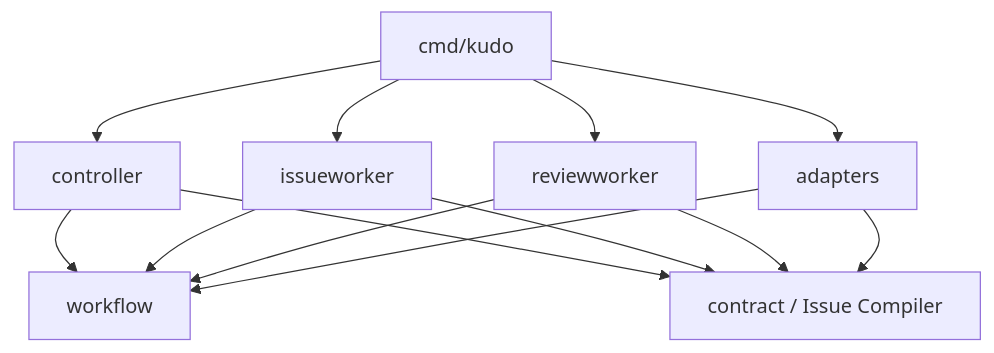
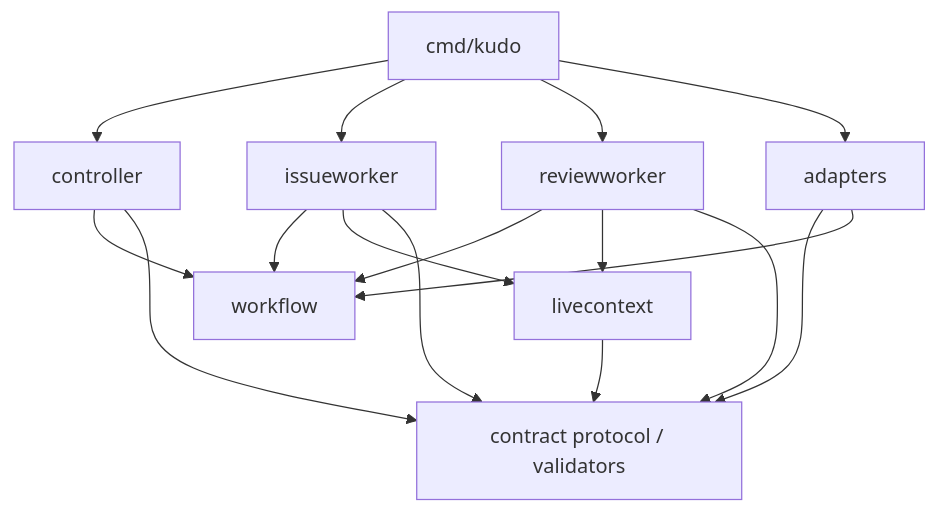
The fourth of 4 diagrams in docs/spec/05_design/01_architecture.md (mrbaron3/kudo), drawn with Mermaid before and after one commit. The commit also changed other lines of this file and 54 other files, not shown here.

````diff
--- a/docs/spec/05_design/01_architecture.md
+++ b/docs/spec/05_design/01_architecture.md
@@ -357,15 +391,18 @@
 ```mermaid
 flowchart TD
     CMD[cmd/kudo] --> C[controller]
     CMD --> IW[issueworker]
     CMD --> RW[reviewworker]
     CMD --> AD[adapters]
     C --> WF[workflow]
     IW --> WF
     RW --> WF
-    C --> CT[contract / Issue Compiler]
+    IW --> LC[livecontext]
+    RW --> LC
+    LC --> CT[contract protocol / validators]
+    C --> CT[contract protocol / validators]
     IW --> CT
     RW --> CT
     AD --> CT
     AD --> WF
 ```
````
